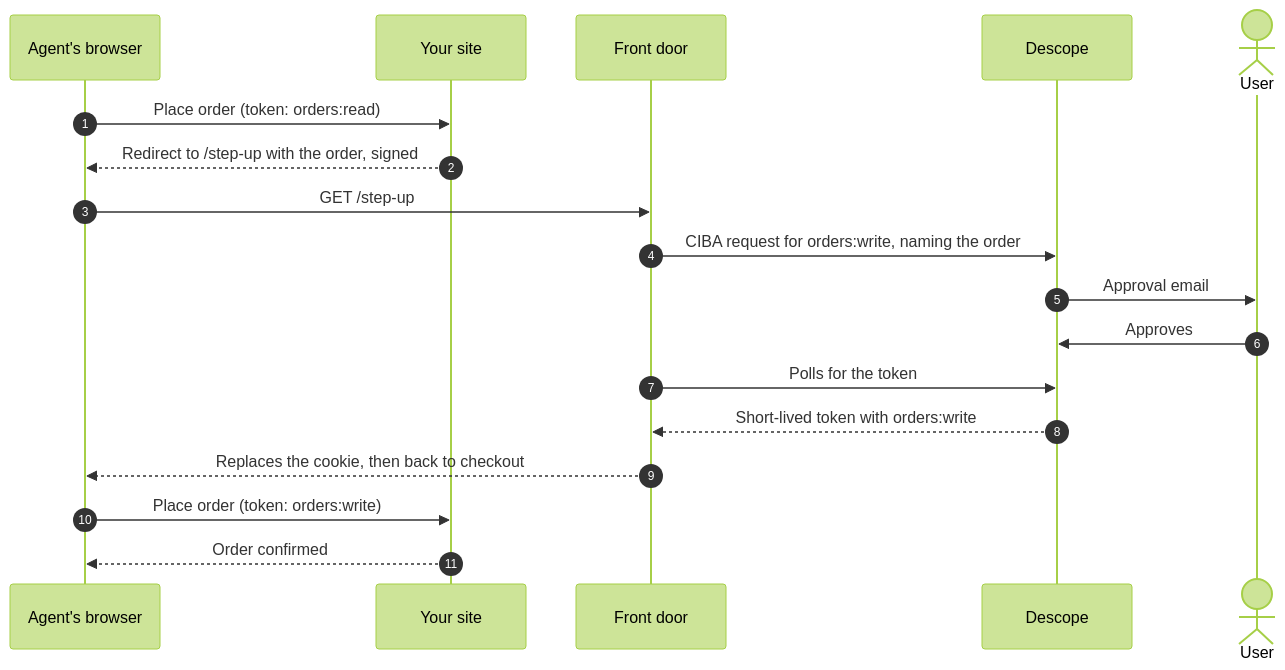
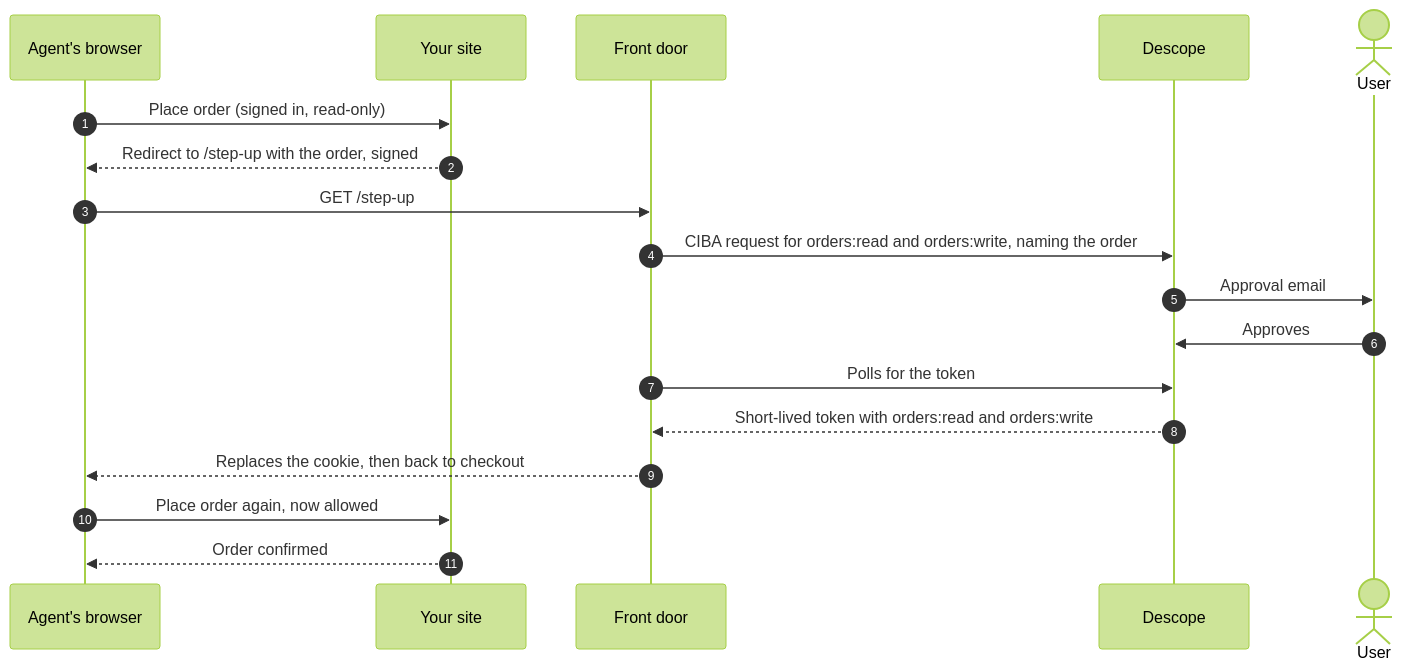
Before and after one commit to descope/agent-edge: the diagram in front-door/README.md, drawn with Mermaid (forest theme). The commit also changed other lines of this file and 3 other files, not shown here.

First line of the commit message:
Step-up asks for orders:read and orders:write

````diff
--- a/front-door/README.md
+++ b/front-door/README.md
@@ -49,20 +49,20 @@
 ```mermaid
 sequenceDiagram
   autonumber
   participant A as Agent's browser
   participant S as Your site
   participant F as Front door
   participant D as Descope
   actor U as User
-  A->>S: Place order (token: orders:read)
+  A->>S: Place order (signed in, read-only)
   S-->>A: Redirect to /step-up with the order, signed
   A->>F: GET /step-up
-  F->>D: CIBA request for orders:write, naming the order
+  F->>D: CIBA request for orders:read and orders:write, naming the order
   D->>U: Approval email
   U->>D: Approves
   F->>D: Polls for the token
-  D-->>F: Short-lived token with orders:write
+  D-->>F: Short-lived token with orders:read and orders:write
   F-->>A: Replaces the cookie, then back to checkout
-  A->>S: Place order (token: orders:write)
+  A->>S: Place order again, now allowed
   S-->>A: Order confirmed
 ```
````
